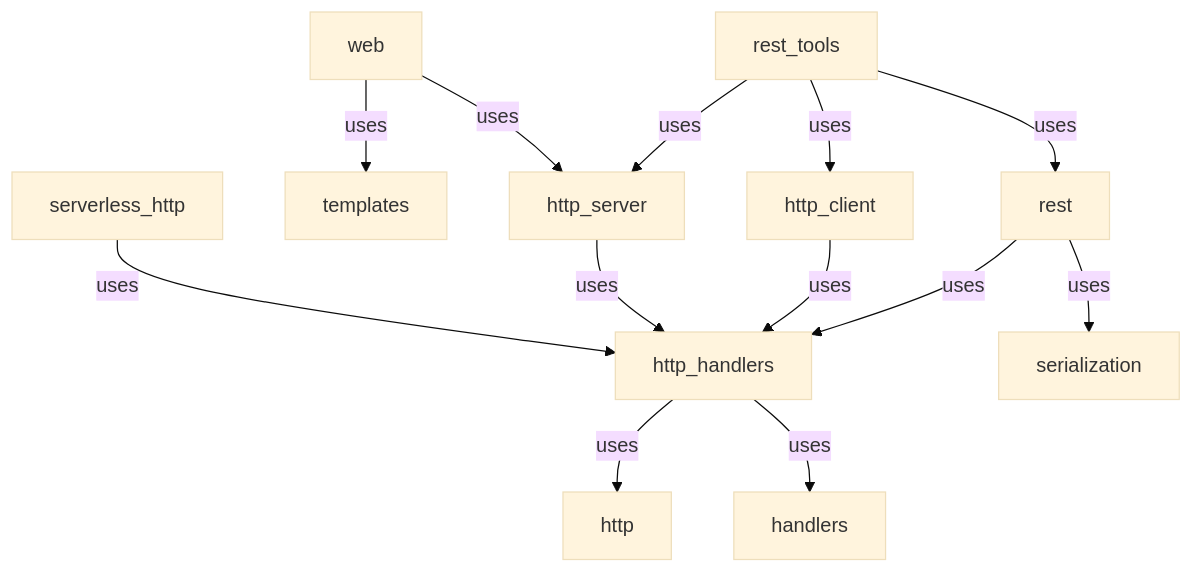
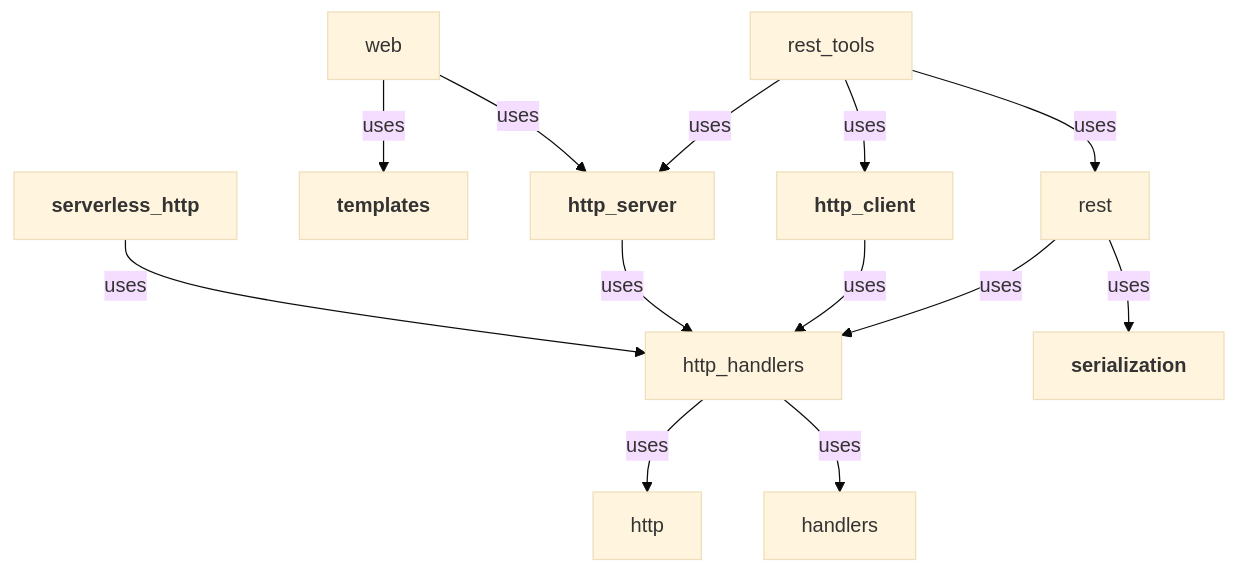
The diagram in site/pages/index.md (hexagontk/hexagon), drawn with Mermaid (base theme) before and after one commit. The commit also changed 13 other files, not shown here.

````diff
--- a/site/pages/index.md
+++ b/site/pages/index.md
@@ -172,15 +172,21 @@
 ```mermaid
 graph TD
   serverless_http -->|uses| http_handlers
   web -->|uses| templates
   web -->|uses| http_server
   rest_tools -->|uses| http_server
   rest_tools -->|uses| http_client
   rest_tools -->|uses| rest
   http_server -->|uses| http_handlers
   http_client -->|uses| http_handlers
   rest -->|uses| http_handlers
   rest -->|uses| serialization
   http_handlers -->|uses| http
   http_handlers -->|uses| handlers
+
+  serverless_http["`**serverless_http**`"]
+  http_server["`**http_server**`"]
+  http_client["`**http_client**`"]
+  templates["`**templates**`"]
+  serialization["`**serialization**`"]
 ```
````
